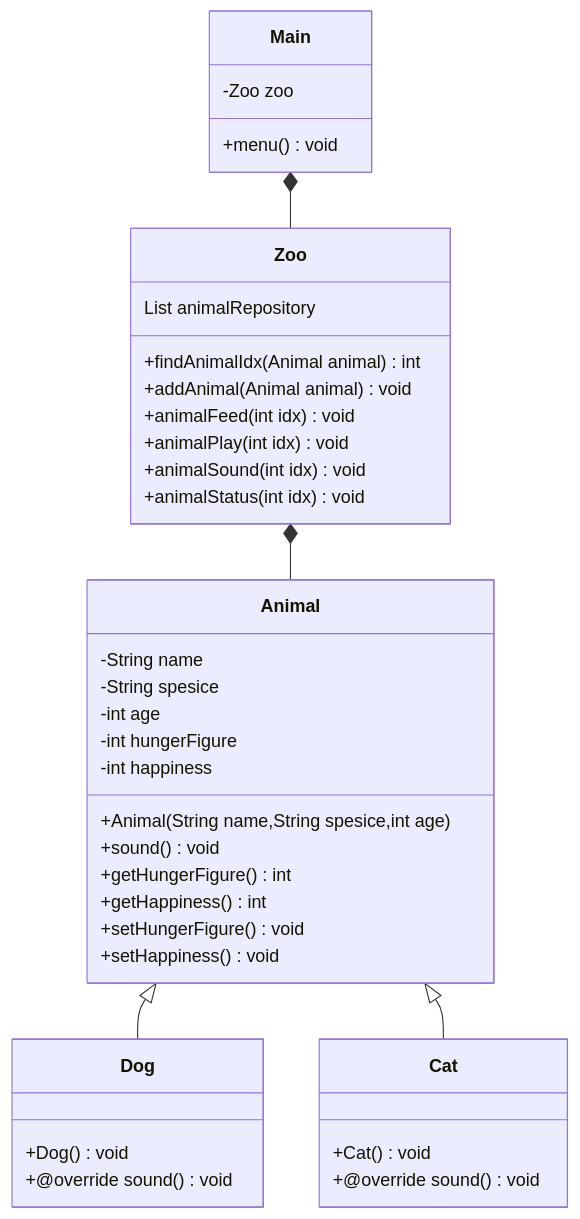
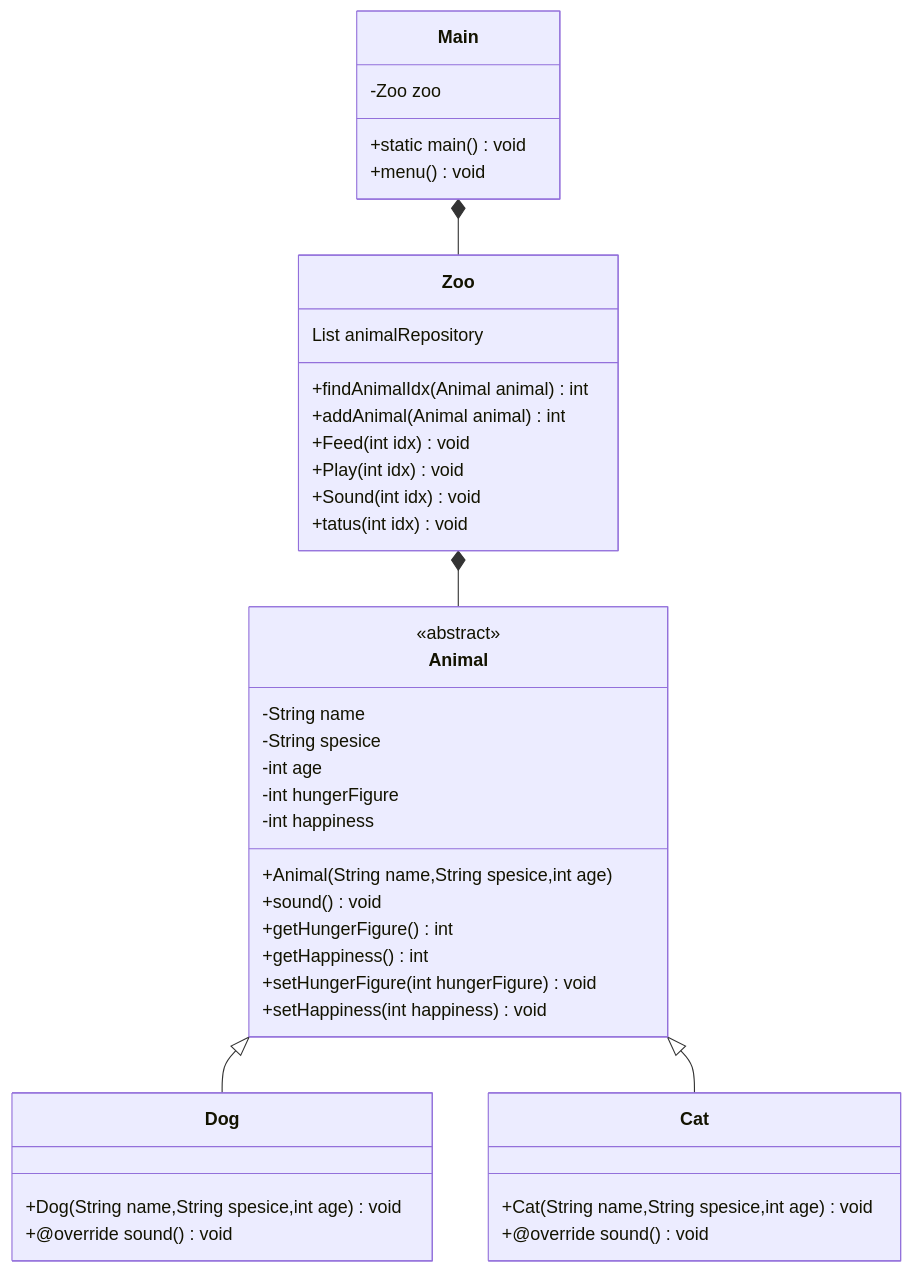
Before and after one commit to juwoojae/animalhouse: the diagram in ClassDiagram.md, drawn with Mermaid.

Commit message:
Update ClassDiagram.md
피드백후 1차 수정

````diff
--- a/ClassDiagram.md
+++ b/ClassDiagram.md
@@ -1,42 +1,44 @@
 ```mermaid
 classDiagram
     Main *-- Zoo
 class Main{ 
-    -Zoo zoo 
+    -Zoo zoo
+    +static main() void 
     +menu() void
 }
 class Zoo{
     List<Animal> animalRepository
     +findAnimalIdx(Animal animal) int 
-    +addAnimal(Animal animal) void
-    +animalFeed(int idx) void
-    +animalPlay(int idx) void
-    +animalSound(int idx) void
-    +animalStatus(int idx) void
+    +addAnimal(Animal animal) int 
+    +Feed(int idx) void
+    +Play(int idx) void
+    +Sound(int idx) void
+    +tatus(int idx) void
 }
 
     Zoo *-- Animal
-class Animal {
+class Animal  {
+<<abstract>>
 -String name
 -String spesice
 -int age 
 -int hungerFigure
 -int happiness 
 +Animal(String name,String spesice,int age)
 +sound() void 
 +getHungerFigure() int 
 +getHappiness() int 
-+setHungerFigure() void
-+setHappiness() void
++setHungerFigure(int hungerFigure) void
++setHappiness(int happiness) void
 }
     Animal <|-- Dog
     Animal <|-- Cat
 class Dog{
-    +Dog() void
+    +Dog(String name,String spesice,int age) void
     +@override sound() void 
 }
 class Cat{
-    +Cat() void
+    +Cat(String name,String spesice,int age) void
     +@override sound() void 
 }
 ```
````
